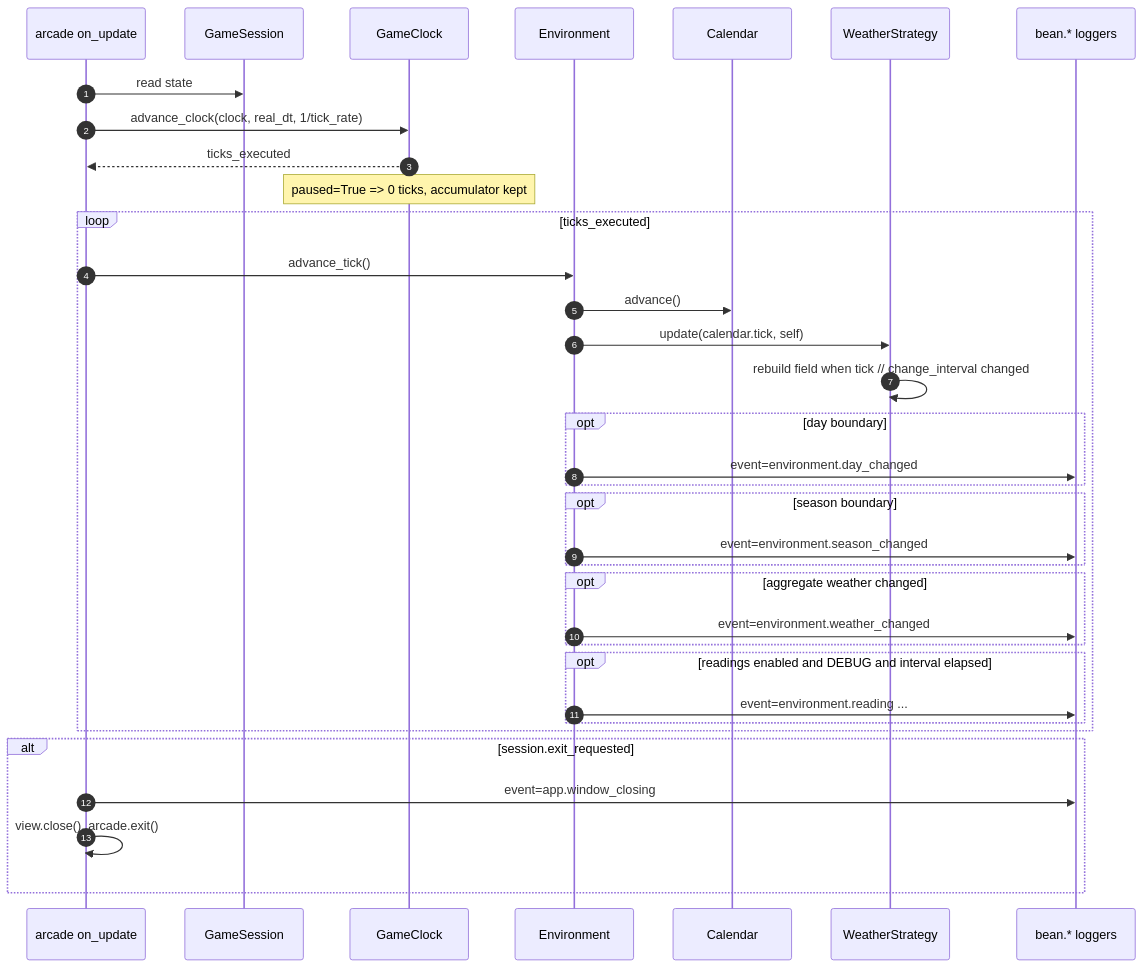
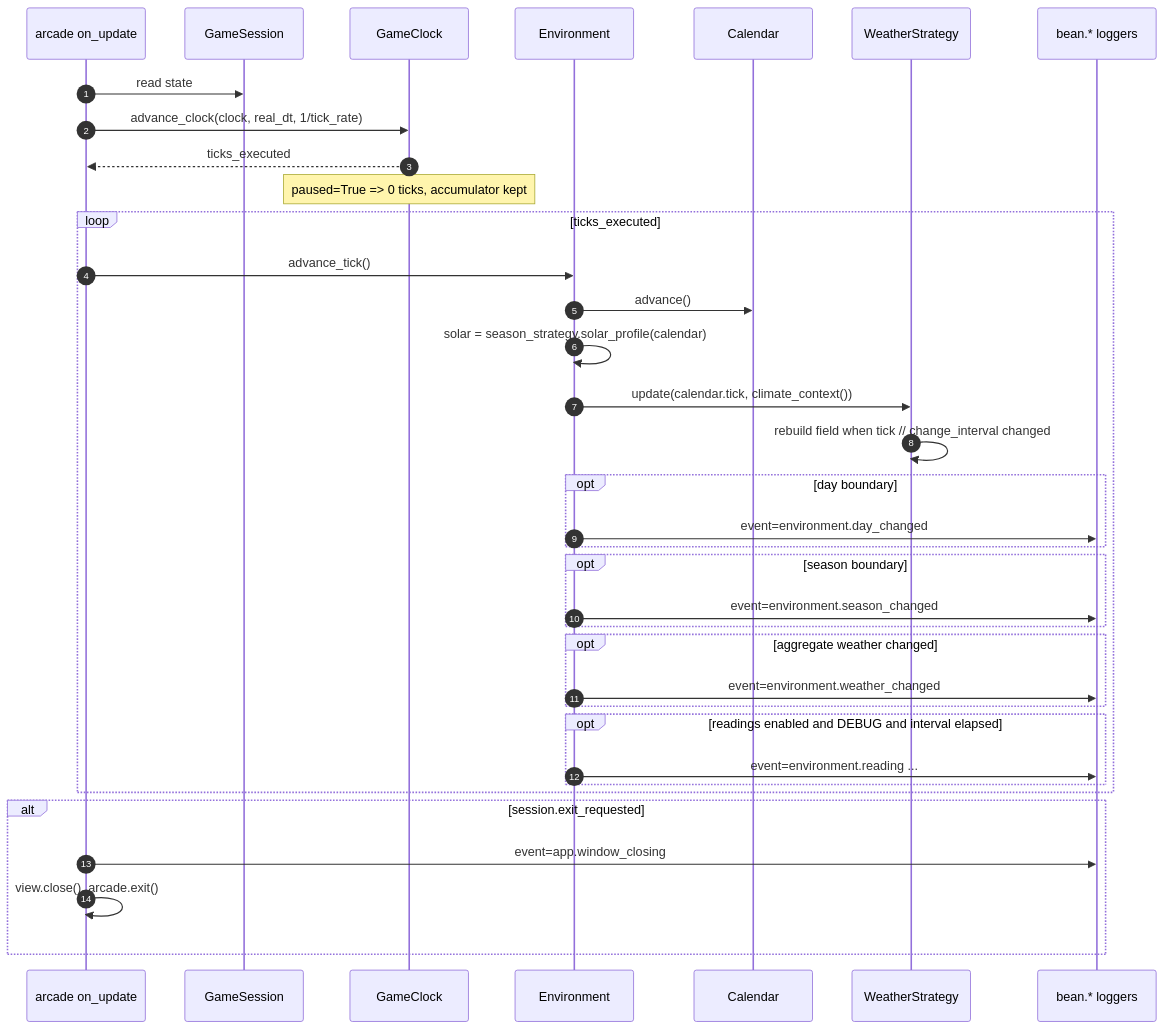
Before and after one commit to m-rossini/bns: the third of 9 diagrams in diagrams.md, drawn with Mermaid. The commit also changed other lines of this file and 3 other files, not shown here.

First line of the commit message:
docs: align README, spec, diagrams, TODO with barrier/climate/render changes

````diff
--- a/diagrams.md
+++ b/diagrams.md
@@ -252,41 +327,42 @@
 ```mermaid
 sequenceDiagram
     autonumber
     participant A as arcade on_update
     participant S as GameSession
     participant GC as GameClock
     participant Env as Environment
     participant Cal as Calendar
     participant W as WeatherStrategy
     participant Log as bean.* loggers
 
     A->>S: read state
     A->>GC: advance_clock(clock, real_dt, 1/tick_rate)
     GC-->>A: ticks_executed
     Note over GC: paused=True => 0 ticks, accumulator kept
 
     loop ticks_executed
         A->>Env: advance_tick()
         Env->>Cal: advance()
-        Env->>W: update(calendar.tick, self)
+        Env->>Env: solar = season_strategy.solar_profile(calendar)
+        Env->>W: update(calendar.tick, climate_context())
         W->>W: rebuild field when tick // change_interval changed
 
         opt day boundary
             Env->>Log: event=environment.day_changed
         end
         opt season boundary
             Env->>Log: event=environment.season_changed
         end
         opt aggregate weather changed
             Env->>Log: event=environment.weather_changed
         end
         opt readings enabled and DEBUG and interval elapsed
             Env->>Log: event=environment.reading ...
         end
     end
 
     alt session.exit_requested
         A->>Log: event=app.window_closing
         A->>A: view.close(), arcade.exit()
     end
 ```
````
